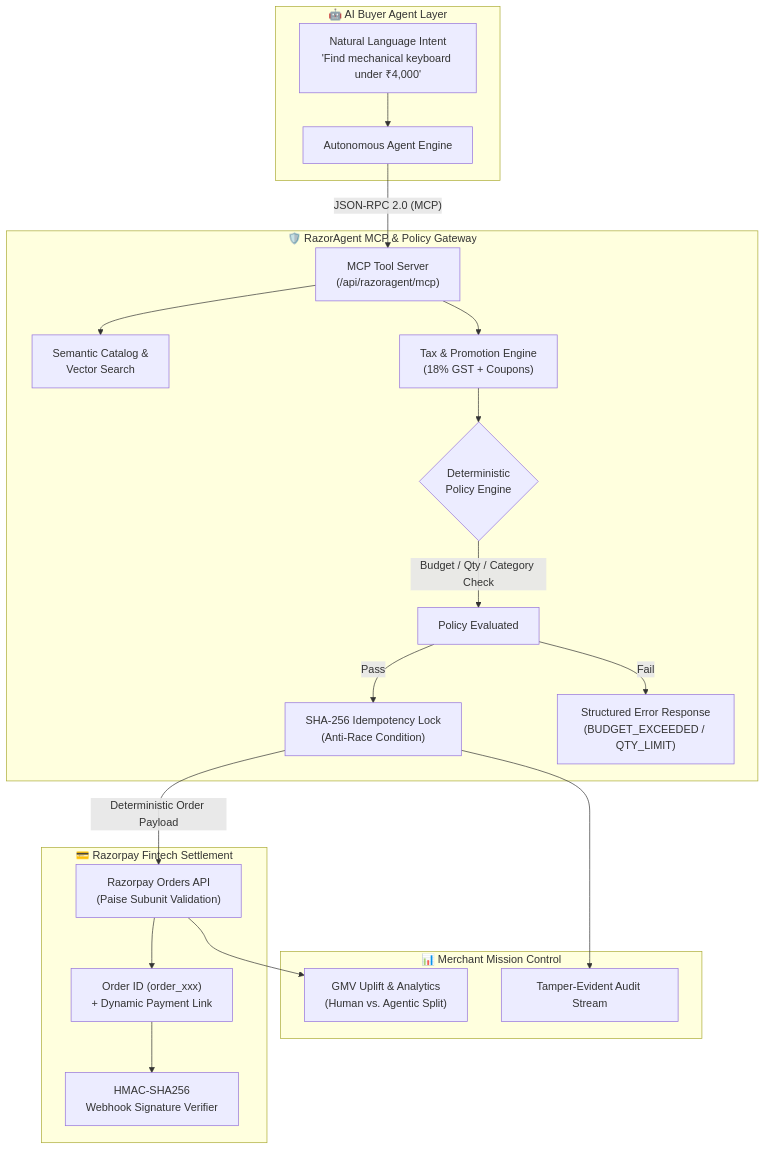
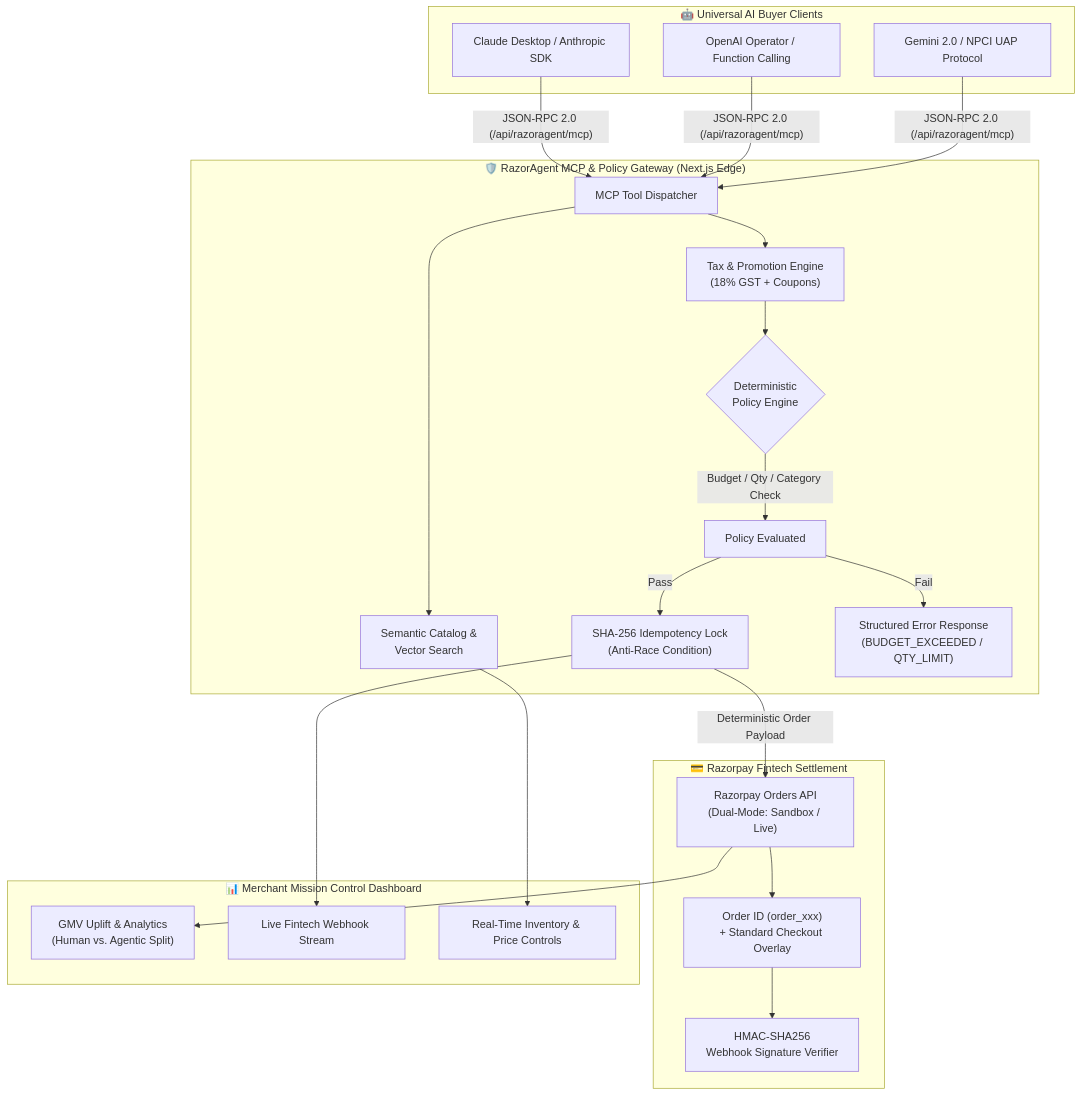
One commit to Piyush-Thakur7/razoragent changed the diagram in README.md. Above: the diagram before and after it, drawn with Mermaid. The commit also changed other lines of this file, not shown here.

Commit message:
docs: comprehensive production architecture, universal MCP endpoint, and merchant integration guide

````diff
--- a/README.md
+++ b/README.md
@@ -28,31 +32,34 @@
 ```mermaid
 flowchart TD
-    subgraph Client["🤖 AI Buyer Agent Layer"]
-        Prompt["Natural Language Intent\n'Find mechanical keyboard under ₹4,000'"] --> Agent["Autonomous Agent Engine"]
+    subgraph Client["🤖 Universal AI Buyer Clients"]
+        Agent1["Claude Desktop / Anthropic SDK"]
+        Agent2["OpenAI Operator / Function Calling"]
+        Agent3["Gemini 2.0 / NPCI UAP Protocol"]
     end
 
-    subgraph Gateway["🛡️ RazorAgent MCP & Policy Gateway"]
-        Agent -->|"JSON-RPC 2.0 (MCP)"| MCP["MCP Tool Server\n(/api/razoragent/mcp)"]
+    subgraph Gateway["🛡️ RazorAgent MCP & Policy Gateway (Next.js Edge)"]
+        Agent1 & Agent2 & Agent3 -->|"JSON-RPC 2.0 (/api/razoragent/mcp)"| MCP["MCP Tool Dispatcher"]
         
         MCP --> Catalog["Semantic Catalog &\nVector Search"]
         MCP --> Quoting["Tax & Promotion Engine\n(18% GST + Coupons)"]
         
         Quoting --> Guardrails{"Deterministic\nPolicy Engine"}
         
         Guardrails -->|"Budget / Qty / Category Check"| PolicyPassed["Policy Evaluated"]
         
         PolicyPassed -->|"Pass"| Idempotency["SHA-256 Idempotency Lock\n(Anti-Race Condition)"]
         PolicyPassed -->|"Fail"| Reject["Structured Error Response\n(BUDGET_EXCEEDED / QTY_LIMIT)"]
     end
 
     subgraph Settlement["💳 Razorpay Fintech Settlement"]
-        Idempotency -->|"Deterministic Order Payload"| RzpAPI["Razorpay Orders API\n(Paise Subunit Validation)"]
-        RzpAPI --> Order["Order ID (order_xxx)\n+ Dynamic Payment Link"]
+        Idempotency -->|"Deterministic Order Payload"| RzpAPI["Razorpay Orders API\n(Dual-Mode: Sandbox / Live)"]
+        RzpAPI --> Order["Order ID (order_xxx)\n+ Standard Checkout Overlay"]
         Order --> Webhook["HMAC-SHA256\nWebhook Signature Verifier"]
     end
 
-    subgraph Console["📊 Merchant Mission Control"]
+    subgraph Console["📊 Merchant Mission Control Dashboard"]
         RzpAPI --> Analytics["GMV Uplift & Analytics\n(Human vs. Agentic Split)"]
-        Idempotency --> AuditTrail["Tamper-Evident Audit Stream"]
+        Idempotency --> AuditTrail["Live Fintech Webhook Stream"]
+        Catalog --> StockManager["Real-Time Inventory & Price Controls"]
     end
 ```
````
